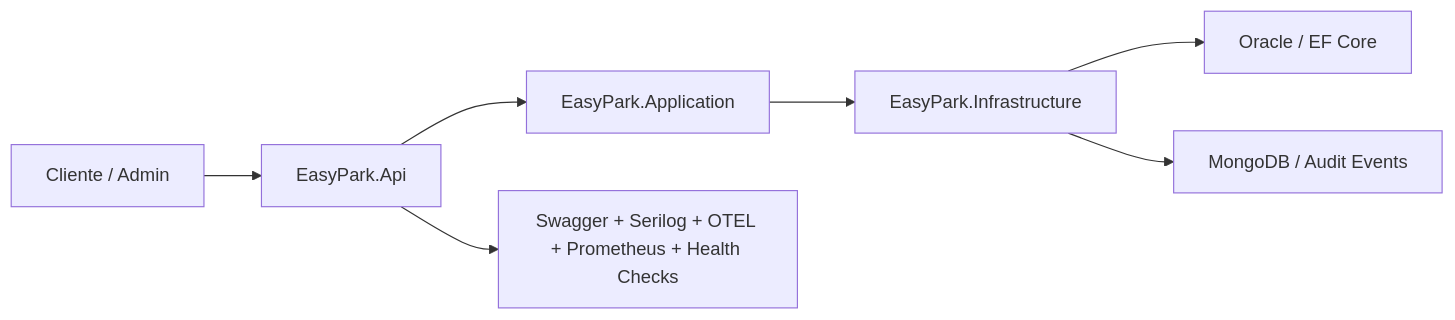
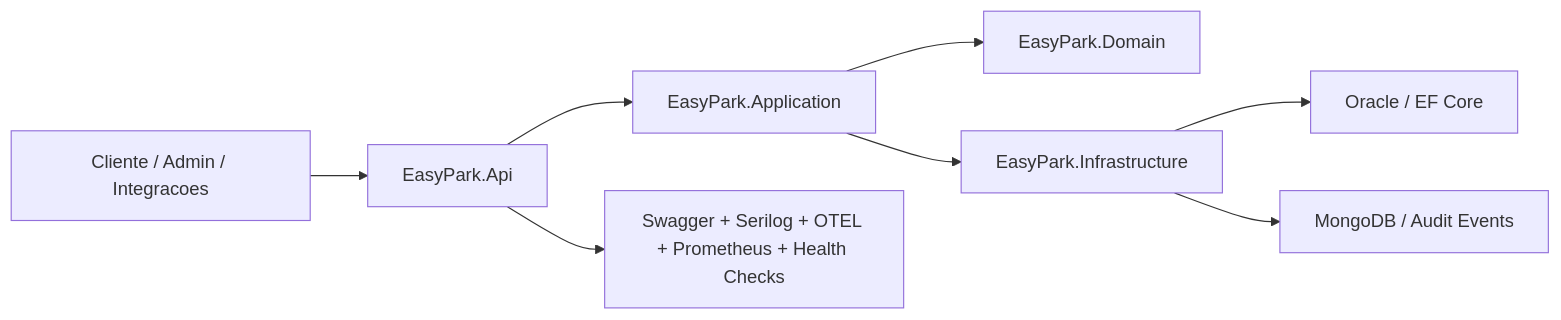
One commit to kgb-fiap/easypark-csharp changed the diagram in README.md. Above: the diagram before and after it, drawn with Mermaid. The commit also changed other lines of this file, not shown here.

````diff
--- a/README.md
+++ b/README.md
@@ -34,9 +92,10 @@
 ```mermaid
 flowchart LR
-    Client["Cliente / Admin"] --> Api["EasyPark.Api"]
+    Client["Cliente / Admin / Integracoes"] --> Api["EasyPark.Api"]
     Api --> App["EasyPark.Application"]
+    App --> Domain["EasyPark.Domain"]
     App --> Infra["EasyPark.Infrastructure"]
     Infra --> Oracle["Oracle / EF Core"]
     Infra --> Mongo["MongoDB / Audit Events"]
     Api --> Obs["Swagger + Serilog + OTEL + Prometheus + Health Checks"]
 ```
````
